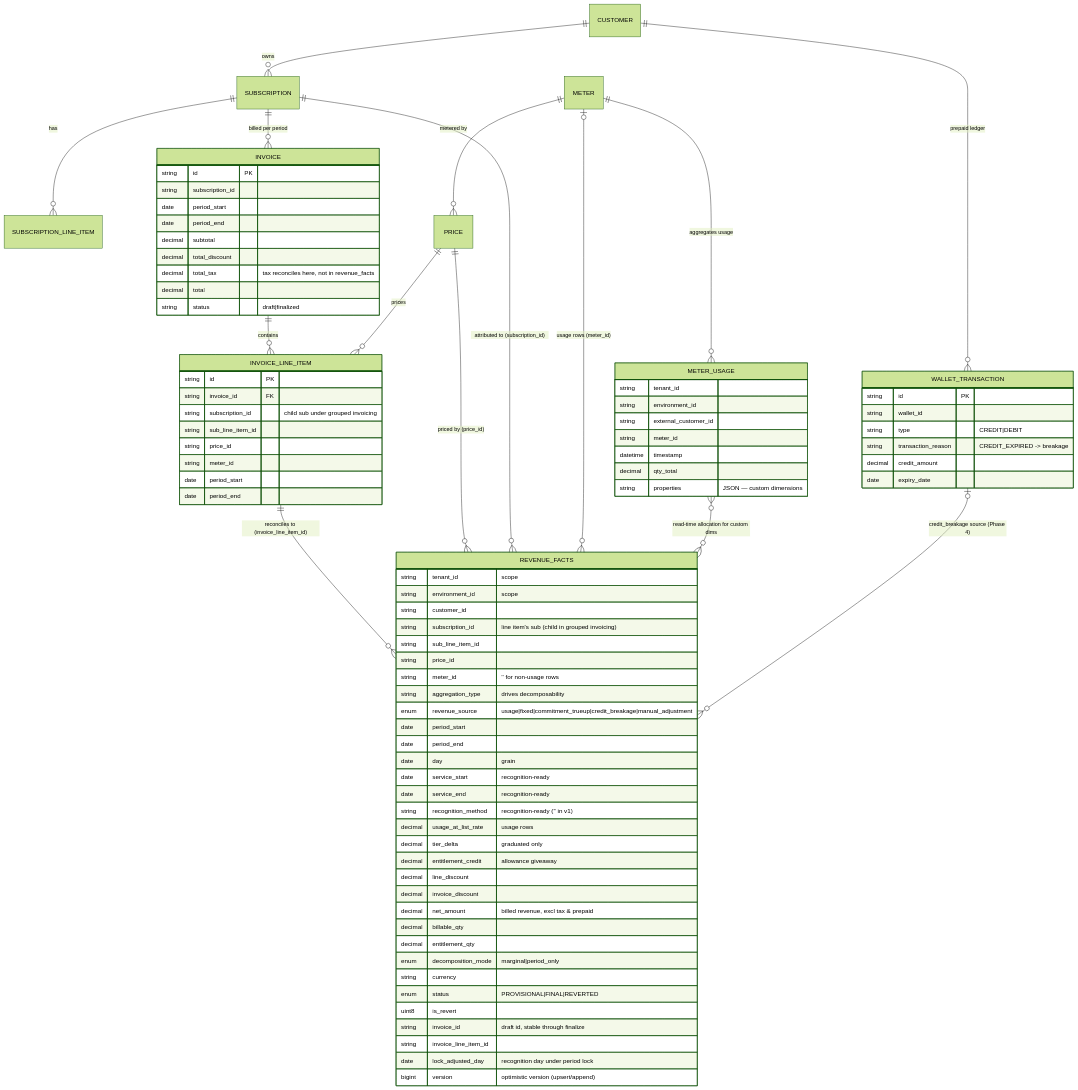
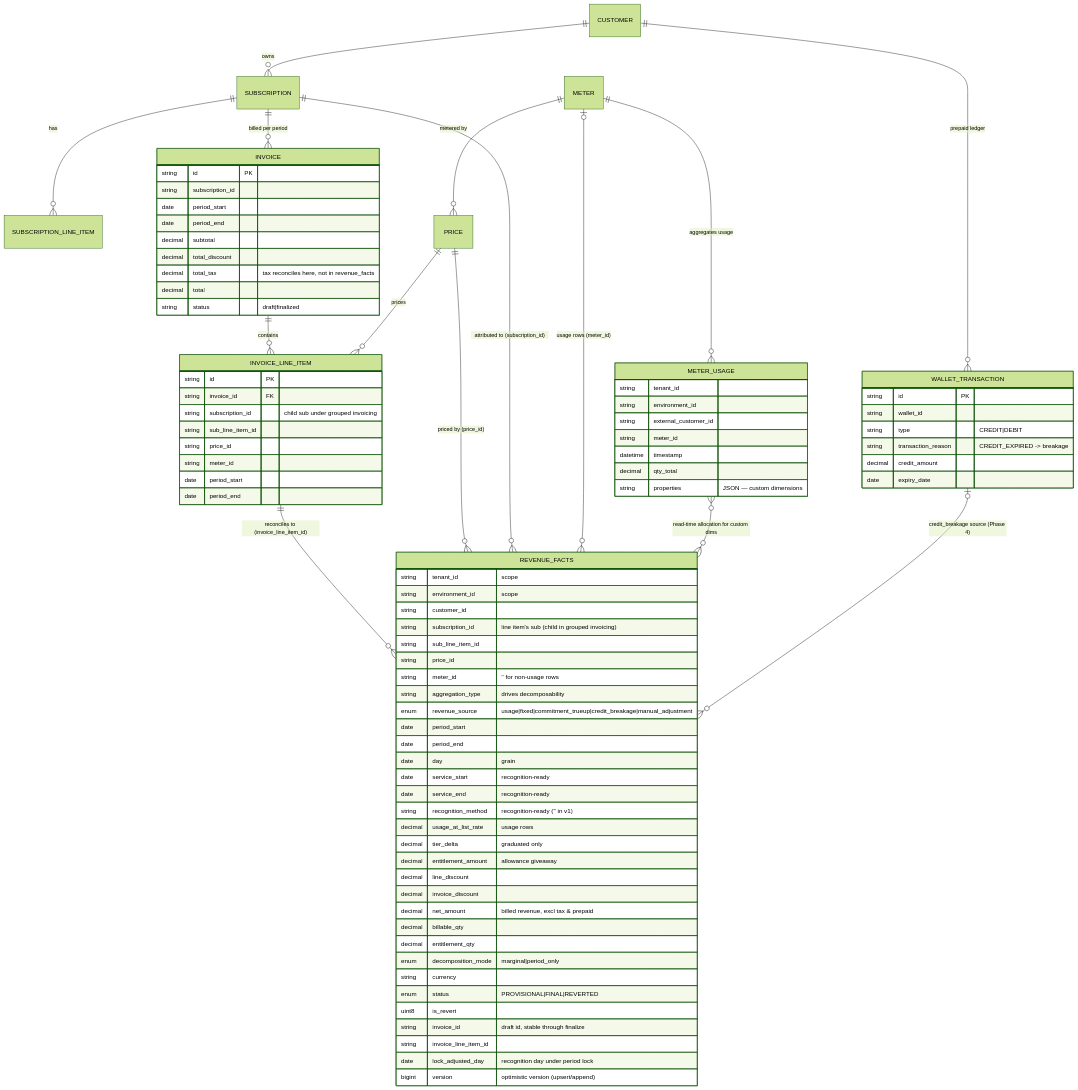
The second of 6 diagrams in docs/design/2026-09-10-FLE-1257-analytics-platform-erd.md (subratsahilgupta/flexprice), drawn with Mermaid (forest theme) before and after one commit. The commit also changed other lines of this file and 33 other files, not shown here.

```diff
--- a/docs/design/2026-09-10-FLE-1257-analytics-platform-erd.md
+++ b/docs/design/2026-09-10-FLE-1257-analytics-platform-erd.md
@@ -139,7 +139,7 @@
         string  recognition_method   "recognition-ready ('' in v1)"
         decimal usage_at_list_rate   "usage rows"
         decimal tier_delta           "graduated only"
-        decimal entitlement_credit   "allowance giveaway"
+        decimal entitlement_amount   "allowance giveaway"
         decimal line_discount
         decimal invoice_discount
         decimal net_amount           "billed revenue, excl tax & prepaid"
```
